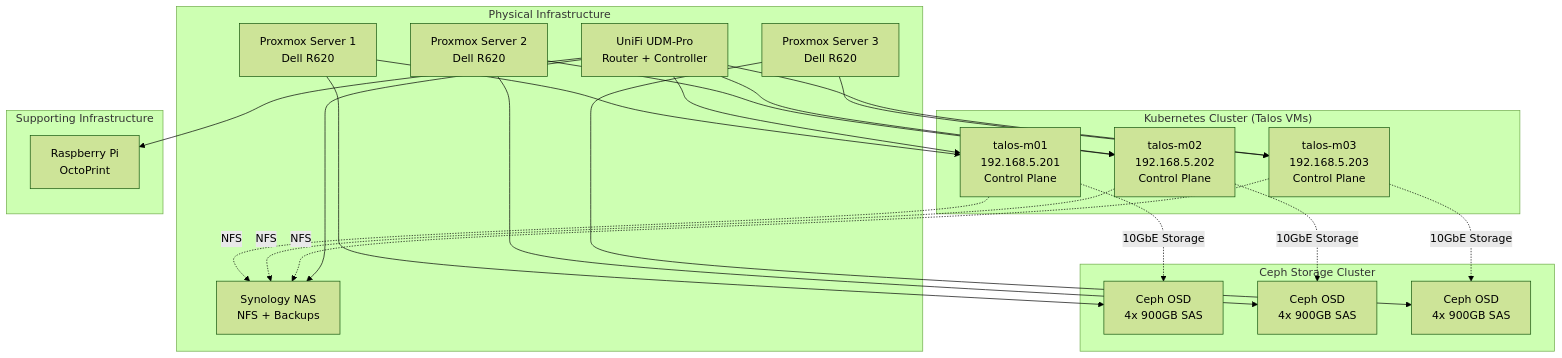
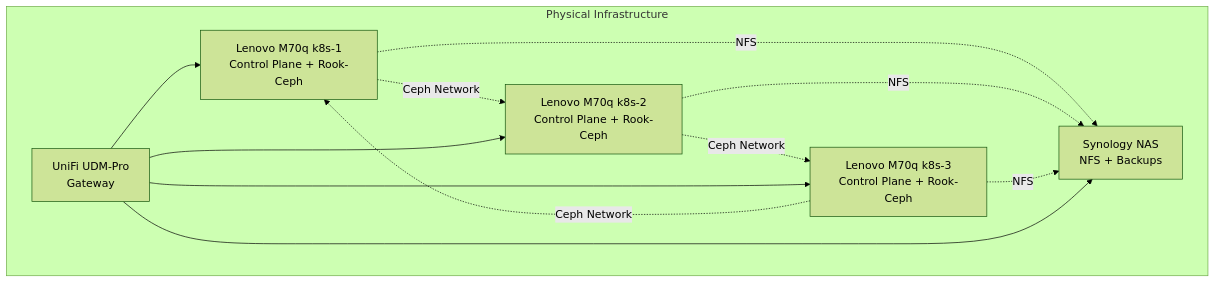
One commit to tscibilia/home-ops changed the first of 2 diagrams in docs/infrastructure/architecture.md. Above: the diagram before and after it, drawn with Mermaid (forest theme). The commit also changed other lines of this file and 11 other files, not shown here.

````diff
--- a/docs/infrastructure/architecture.md
+++ b/docs/infrastructure/architecture.md
@@ -9,48 +9,23 @@
 ```mermaid
 graph TB
     subgraph "Physical Infrastructure"
-        PX1[Proxmox Server 1<br/>Dell R620]
-        PX2[Proxmox Server 2<br/>Dell R620]
-        PX3[Proxmox Server 3<br/>Dell R620]
+        K1[Lenovo M70q k8s-1<br/>Control Plane + Rook-Ceph]
+        K2[Lenovo M70q k8s-2<br/>Control Plane + Rook-Ceph]
+        K3[Lenovo M70q k8s-3<br/>Control Plane + Rook-Ceph]
         SYNO[Synology NAS<br/>NFS + Backups]
-        UDM[UniFi UDM-Pro<br/>Router + Controller]
+        UDM[UniFi UDM-Pro<br/>Gateway]
     end
 
-    subgraph "Kubernetes Cluster (Talos VMs)"
-        M01[talos-m01<br/>192.168.5.201<br/>Control Plane]
-        M02[talos-m02<br/>192.168.5.202<br/>Control Plane]
-        M03[talos-m03<br/>192.168.5.203<br/>Control Plane]
-    end
+    K1 -.Ceph Network.-> K2
+    K2 -.Ceph Network.-> K3
+    K3 -.Ceph Network.-> K1
 
-    subgraph "Ceph Storage Cluster"
-        CEPH1[Ceph OSD<br/>4x 900GB SAS]
-        CEPH2[Ceph OSD<br/>4x 900GB SAS]
-        CEPH3[Ceph OSD<br/>4x 900GB SAS]
-    end
+    K1 -.NFS.-> SYNO
+    K2 -.NFS.-> SYNO
+    K3 -.NFS.-> SYNO
 
-    subgraph "Supporting Infrastructure"
-        PI[Raspberry Pi<br/>OctoPrint]
-    end
-
-    PX1 --> M01
-    PX2 --> M02
-    PX3 --> M03
-
-    PX1 --> CEPH1
-    PX2 --> CEPH2
-    PX3 --> CEPH3
-
-    M01 -.10GbE Storage.-> CEPH1
-    M02 -.10GbE Storage.-> CEPH2
-    M03 -.10GbE Storage.-> CEPH3
-
-    M01 -.NFS.-> SYNO
-    M02 -.NFS.-> SYNO
-    M03 -.NFS.-> SYNO
-
-    UDM --> M01
-    UDM --> M02
-    UDM --> M03
+    UDM --> K1
+    UDM --> K2
+    UDM --> K3
     UDM --> SYNO
-    UDM --> PI
 ```
````
